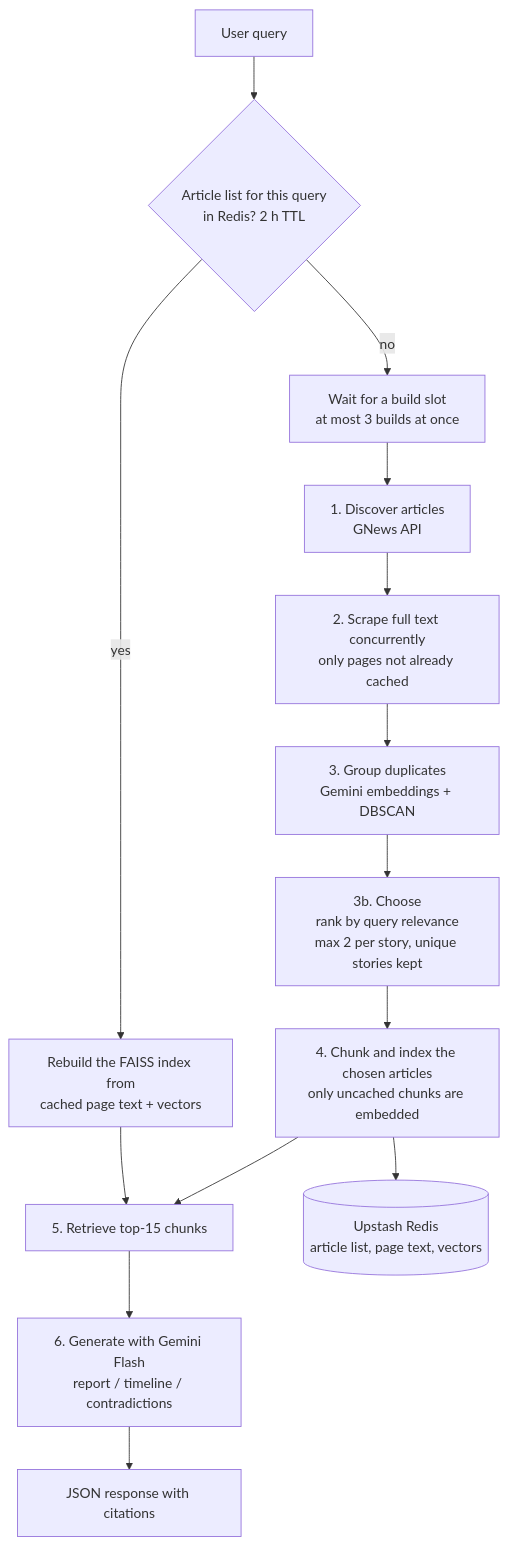
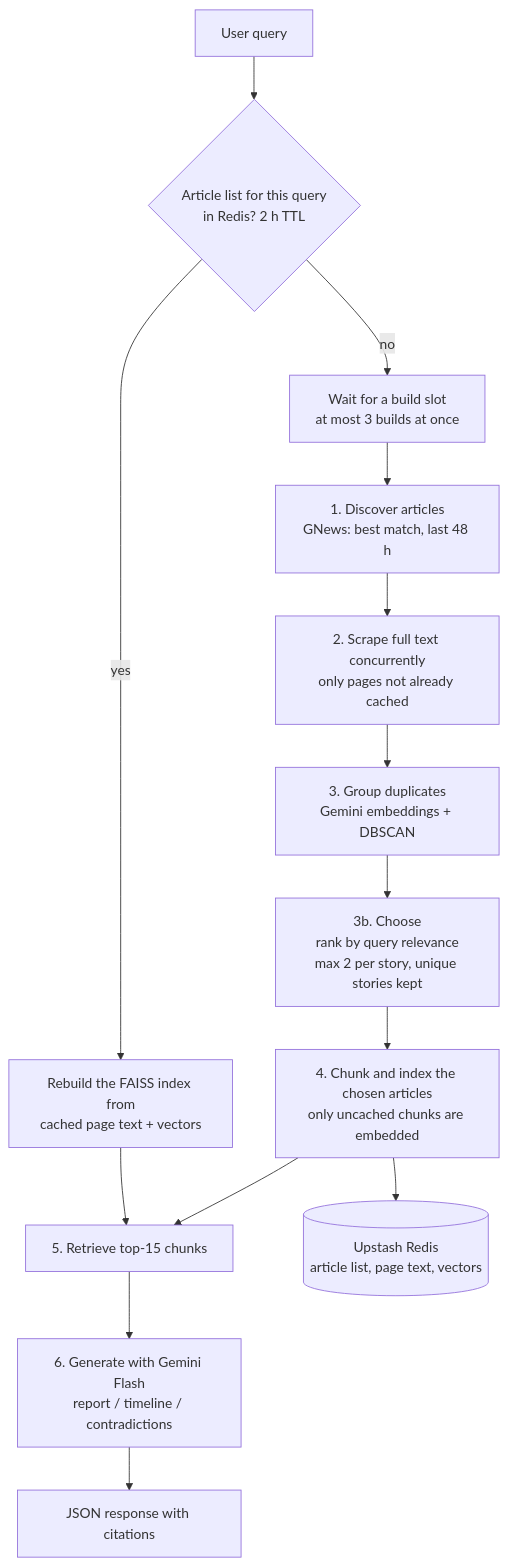
One commit to KotraHaridutt/ai-news-intelligence changed the diagram in README.md. Above: the diagram before and after it, drawn with Mermaid. The commit also changed other lines of this file, not shown here.

Commit message:
docs(readme): (best match from the last 48 h, GNews spacing, browser headers + 200/HTML checks with measured 63% -> 85%, chunk_index + retrieval log, 75 s answer deadline), error status table, errors.py, index size 10-25 chunks

````diff
--- a/README.md
+++ b/README.md
@@ -34,16 +34,16 @@
 ```mermaid
 flowchart TD
     A[User query] --> B{Article list for this query<br/>in Redis? 2 h TTL}
     B -- yes --> R[Rebuild the FAISS index from<br/>cached page text + vectors]
     R --> F
     B -- no --> Q[Wait for a build slot<br/>at most 3 builds at once]
-    Q --> C[1. Discover articles<br/>GNews API]
+    Q --> C[1. Discover articles<br/>GNews: best match, last 48 h]
     C --> D[2. Scrape full text concurrently<br/>only pages not already cached]
     D --> E[3. Group duplicates<br/>Gemini embeddings + DBSCAN]
     E --> CH[3b. Choose<br/>rank by query relevance<br/>max 2 per story, unique stories kept]
     CH --> E2[4. Chunk and index the chosen articles<br/>only uncached chunks are embedded]
     E2 --> CACHE[(Upstash Redis<br/>article list, page text, vectors)]
     E2 --> F[5. Retrieve top-15 chunks]
     F --> G[6. Generate with Gemini Flash<br/>report / timeline / contradictions]
     G --> H[JSON response with citations]
 ```
````
